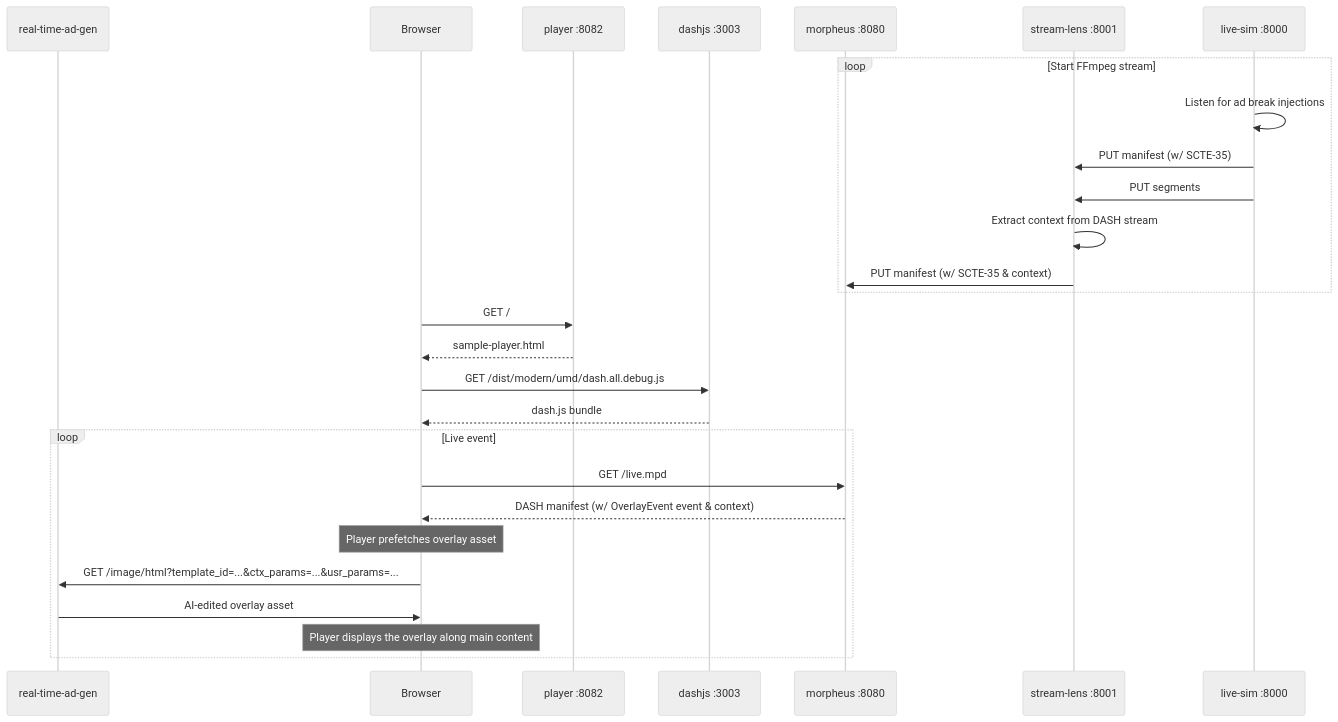
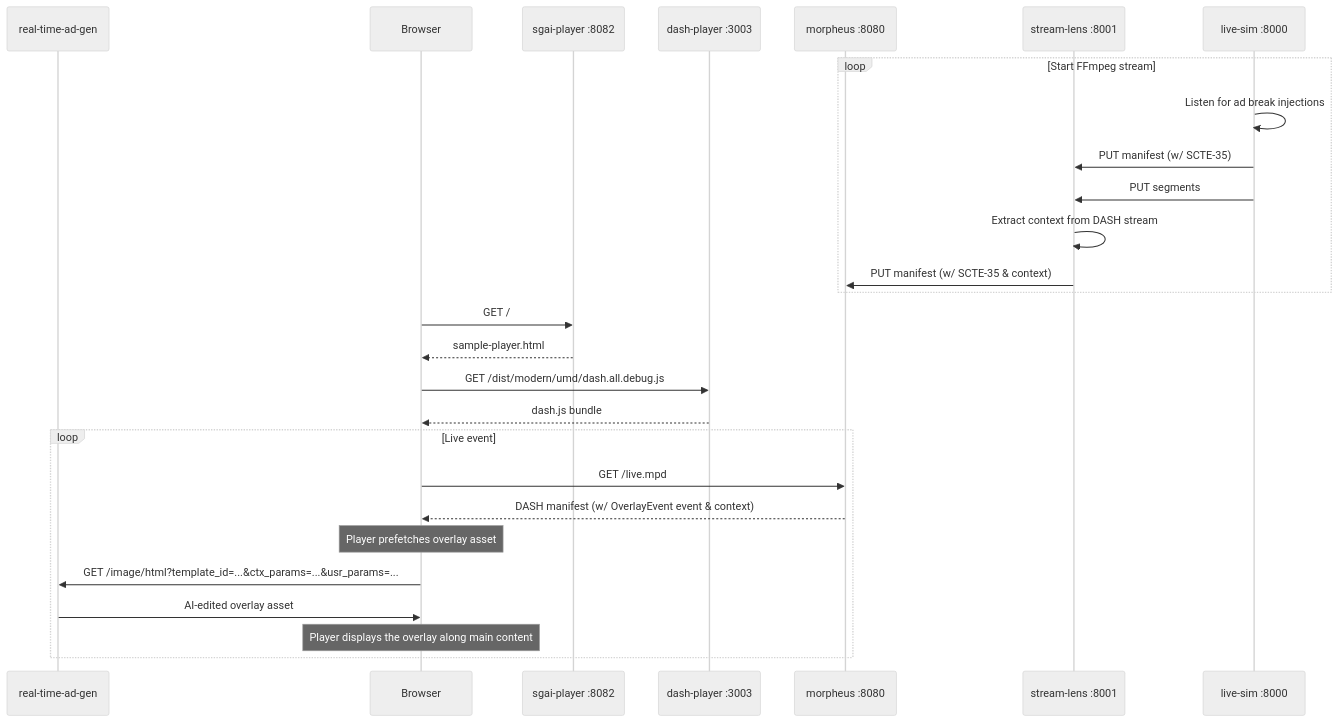
The second of 2 diagrams in README.md (qualabs/sgai-demo), drawn with Mermaid (neutral theme) before and after one commit. The commit also changed other lines of this file and 4 other files, not shown here.

````diff
--- a/README.md
+++ b/README.md
@@ -50,33 +50,33 @@
 ```mermaid
 sequenceDiagram
     participant R as real-time-ad-gen
     participant B as Browser
-    participant P as player :8082
-    participant D as dashjs :3003
+    participant P as sgai-player :8082
+    participant D as dash-player :3003
     participant M as morpheus :8080
     participant S as stream-lens :8001
     participant L as live-sim :8000
 
     loop Start FFmpeg stream
         L->>L: Listen for ad break injections
         L->>S: PUT manifest (w/ SCTE-35)
         L->>S: PUT segments
         S->>S: Extract context from DASH stream
         S->>M: PUT manifest (w/ SCTE-35 & context)
     end
     B->>P: GET /
     P-->>B: sample-player.html
     B->>D: GET /dist/modern/umd/dash.all.debug.js
     D-->>B: dash.js bundle
 
     loop Live event
         B->>M: GET /live.mpd
         M-->>B: DASH manifest (w/ OverlayEvent event & context)
 
         Note over B: Player prefetches overlay asset
 
         B->>R: GET /image/html?template_id=...&ctx_params=...&usr_params=...
         R->>B: AI-edited overlay asset
         Note over B: Player displays the overlay along main content
     end
 ```
````
